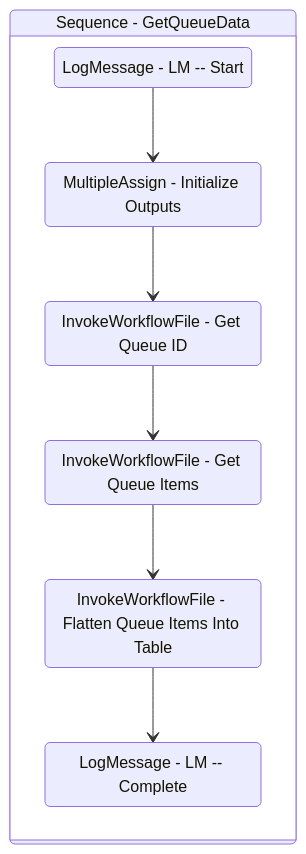
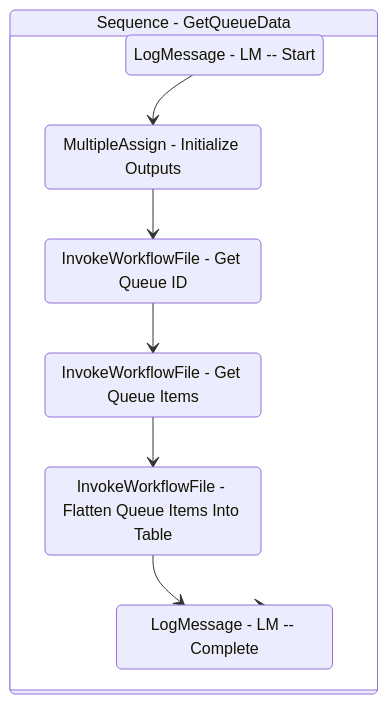
Before and after one commit to yashbrahmbhatt/LazyFramework: the diagram in Documentation/.templates/Reporters/Basic/Logic/GetQueueData.md, drawn with Mermaid. The commit also changed 83 other files, not shown here.

````diff
--- a/Documentation/.templates/Reporters/Basic/Logic/GetQueueData.md
+++ b/Documentation/.templates/Reporters/Basic/Logic/GetQueueData.md
@@ -116,20 +116,20 @@
 ```mermaid
 stateDiagram-v2
-
 
 Sequence_1: Sequence - GetQueueData
 state Sequence_1 {
 direction TB
 LogMessage_1 : LogMessage - LM -- Start
 MultipleAssign_1 : MultipleAssign - Initialize Outputs
 LogMessage_1 --> MultipleAssign_1
 InvokeWorkflowFile_1 : InvokeWorkflowFile - Get Queue ID
 MultipleAssign_1 --> InvokeWorkflowFile_1
 InvokeWorkflowFile_2 : InvokeWorkflowFile - Get Queue Items
 InvokeWorkflowFile_1 --> InvokeWorkflowFile_2
 InvokeWorkflowFile_3 : InvokeWorkflowFile - Flatten Queue Items Into Table
 InvokeWorkflowFile_2 --> InvokeWorkflowFile_3
 LogMessage_2 : LogMessage - LM -- Complete
 InvokeWorkflowFile_3 --> LogMessage_2
 }
+LogMessage_2 --> Sequence_1
 ```
````
